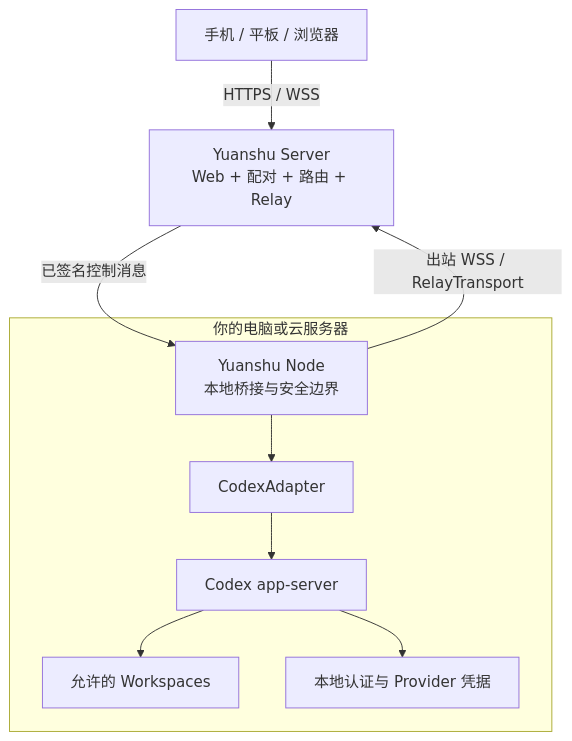
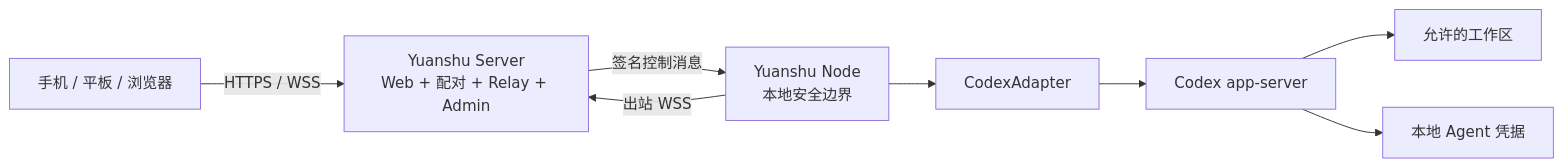
Before and after one commit to yuanshu-ai/yuanshu: the diagram in README.zh-CN.md, drawn with Mermaid. The commit also changed other lines of this file and 24 other files, not shown here.

````diff
--- a/README.zh-CN.md
+++ b/README.zh-CN.md
@@ -63,21 +122,10 @@
 ```mermaid
-flowchart TB
-    Client["手机 / 平板 / 浏览器"]
-    Server["Yuanshu Server<br/>Web + 配对 + 路由 + Relay"]
-
-    subgraph Machine["你的电脑或云服务器"]
-        Node["Yuanshu Node<br/>本地桥接与安全边界"]
-        Adapter["CodexAdapter"]
-        Codex["Codex app-server"]
-        Workspace["允许的 Workspaces"]
-        Credentials["本地认证与 Provider 凭据"]
-    end
-
-    Client -->|"HTTPS / WSS"| Server
-    Node -->|"出站 WSS / RelayTransport"| Server
-    Server -->|"已签名控制消息"| Node
-    Node --> Adapter
-    Adapter --> Codex
-    Codex --> Workspace
-    Codex --> Credentials
+flowchart LR
+    Client["手机 / 平板 / 浏览器"] -->|"HTTPS / WSS"| Server["Yuanshu Server<br/>Web + 配对 + Relay + Admin"]
+    Node["Yuanshu Node<br/>本地安全边界"] -->|"出站 WSS"| Server
+    Server -->|"签名控制消息"| Node
+    Node --> Adapter["CodexAdapter"]
+    Adapter --> Codex["Codex app-server"]
+    Codex --> Workspace["允许的工作区"]
+    Codex --> Credentials["本地 Agent 凭据"]
 ```
````
